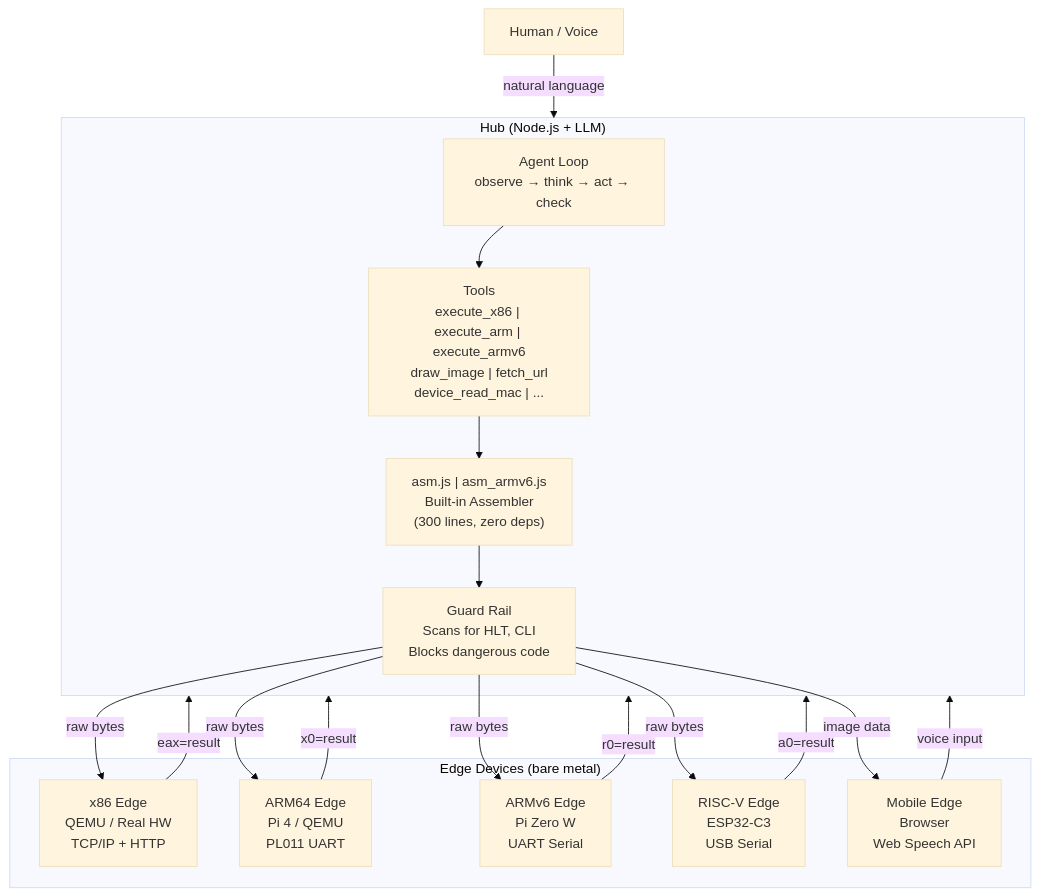
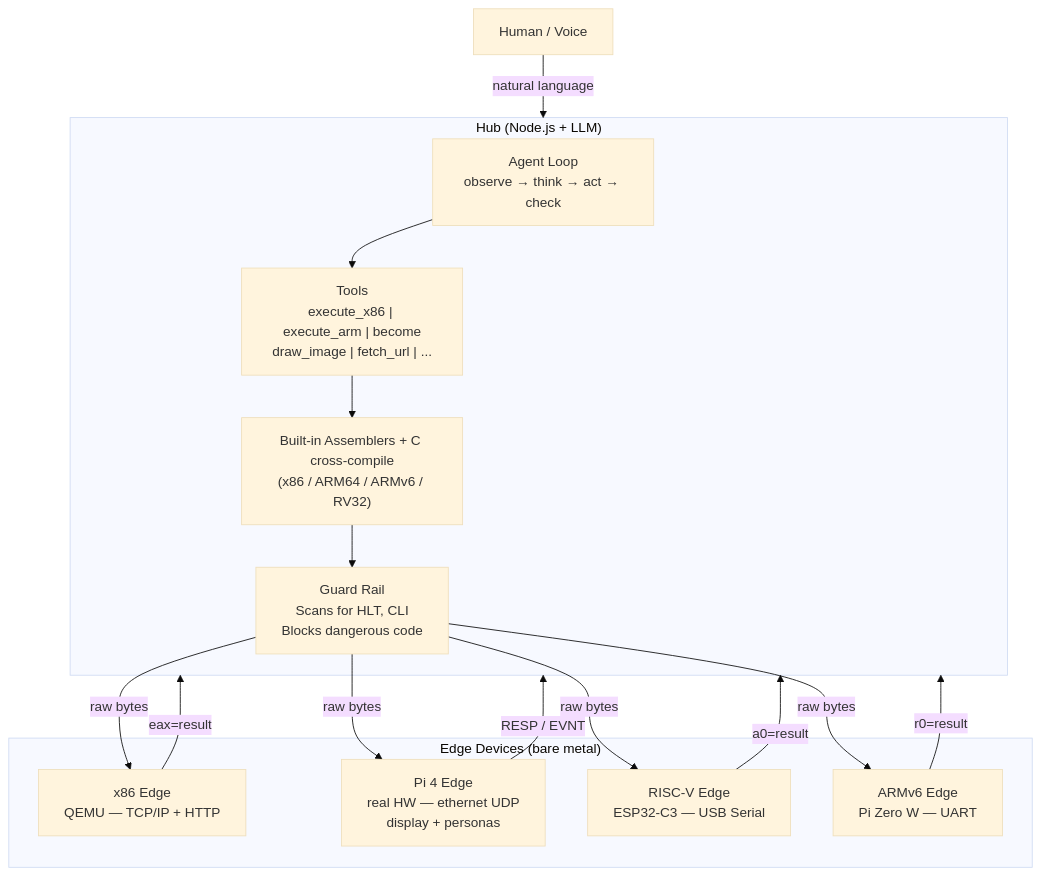
The first of 2 diagrams in README.md (CSP911/poke), drawn with Mermaid (base theme) before and after one commit. The commit also changed other lines of this file, not shown here.

First line of the commit message:
docs: slim README — 633 → 385 lines

````diff
--- a/README.md
+++ b/README.md
@@ -242,34 +205,31 @@
 ```mermaid
 graph TB
     User["Human / Voice"]
 
     subgraph Hub["Hub (Node.js + LLM)"]
         Agent["Agent Loop<br/>observe → think → act → check"]
-        Tools["Tools<br/>execute_x86 | execute_arm | execute_armv6<br/>draw_image | fetch_url<br/>device_read_mac | ..."]
-        ASM["asm.js | asm_armv6.js<br/>Built-in Assembler<br/>(300 lines, zero deps)"]
+        Tools["Tools<br/>execute_x86 | execute_arm | become<br/>draw_image | fetch_url | ..."]
+        ASM["Built-in Assemblers + C cross-compile<br/>(x86 / ARM64 / ARMv6 / RV32)"]
         Guard["Guard Rail<br/>Scans for HLT, CLI<br/>Blocks dangerous code"]
         Agent --> Tools
         Tools --> ASM
         ASM --> Guard
     end
 
     subgraph Edges["Edge Devices (bare metal)"]
-        X86["x86 Edge<br/>QEMU / Real HW<br/>TCP/IP + HTTP"]
-        ARM["ARM64 Edge<br/>Pi 4 / QEMU<br/>PL011 UART"]
-        ARMv6["ARMv6 Edge<br/>Pi Zero W<br/>UART Serial"]
-        RV["RISC-V Edge<br/>ESP32-C3<br/>USB Serial"]
-        Mobile["Mobile Edge<br/>Browser<br/>Web Speech API"]
+        X86["x86 Edge<br/>QEMU — TCP/IP + HTTP"]
+        PI4["Pi 4 Edge<br/>real HW — ethernet UDP<br/>display + personas"]
+        RV["RISC-V Edge<br/>ESP32-C3 — USB Serial"]
+        ARMv6["ARMv6 Edge<br/>Pi Zero W — UART"]
     end
 
     User -->|natural language| Hub
     Guard -->|raw bytes| X86
-    Guard -->|raw bytes| ARM
+    Guard -->|raw bytes| PI4
+    Guard -->|raw bytes| RV
     Guard -->|raw bytes| ARMv6
-    Guard -->|raw bytes| RV
-    Guard -->|image data| Mobile
     X86 -->|eax=result| Hub
-    ARM -->|x0=result| Hub
+    PI4 -->|RESP / EVNT| Hub
+    RV -->|a0=result| Hub
     ARMv6 -->|r0=result| Hub
-    RV -->|a0=result| Hub
-    Mobile -->|voice input| Hub
 ```
````
